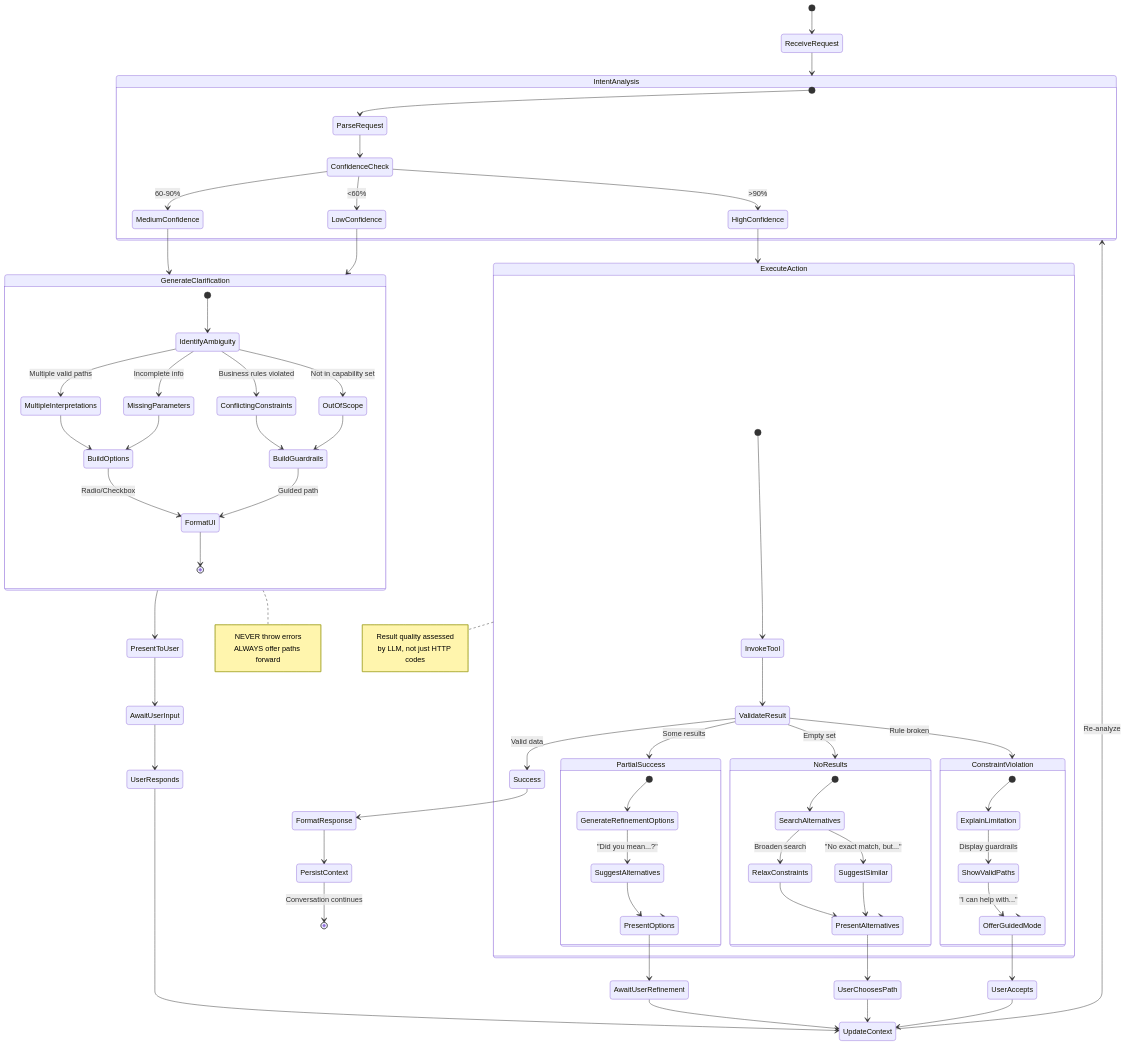
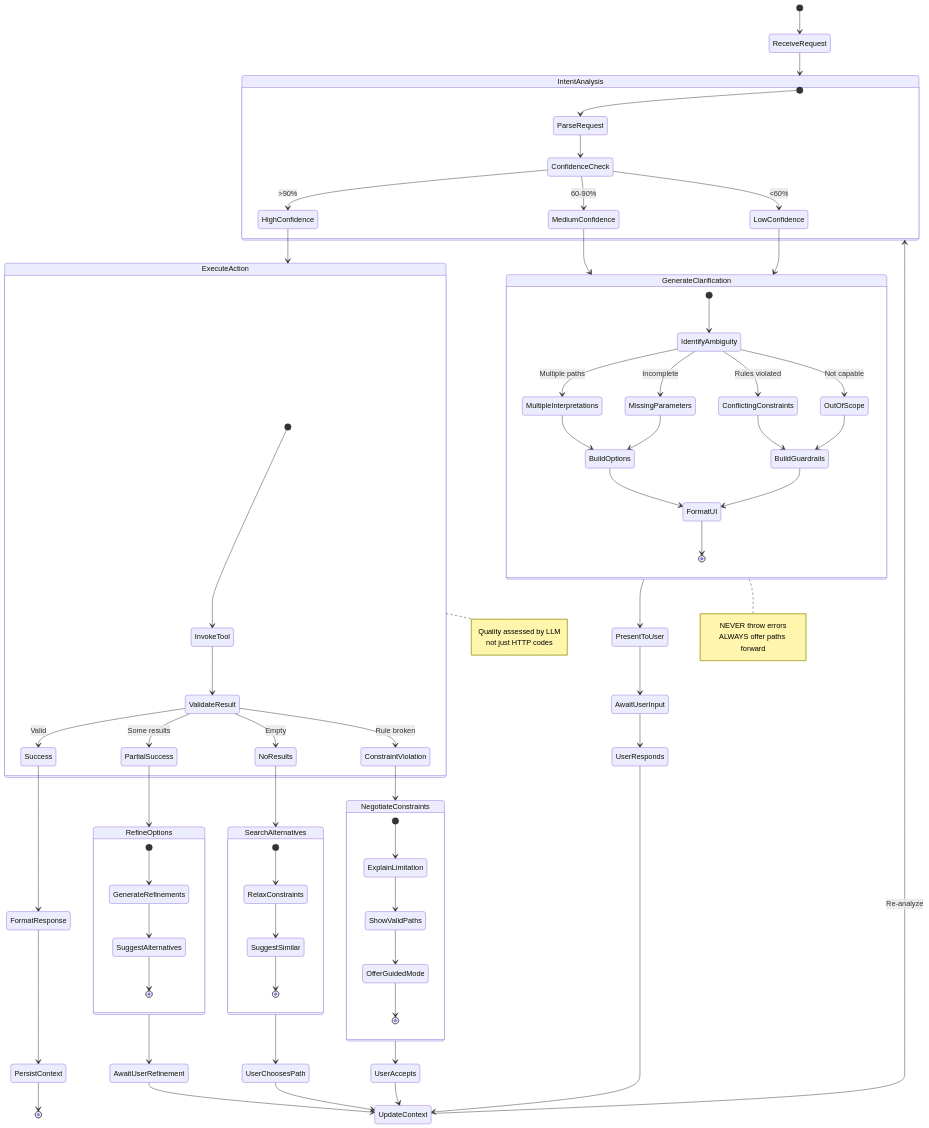
Diagram 13 of 14 in README.md (fredrick72/AI-Agentic-Architecture), drawn with Mermaid before and after one commit.

Commit message:
Improve clarity of the Unfavorable Response Handler diagram
Refactor state diagram for clarity and conciseness.

````diff
--- a/README.md
+++ b/README.md
@@ -806,7 +806,6 @@
 ```mermaid
 stateDiagram-v2
     [*] --> ReceiveRequest
-    
     ReceiveRequest --> IntentAnalysis
     
     state IntentAnalysis {
@@ -825,27 +824,26 @@
     
     state GenerateClarification {
         [*] --> IdentifyAmbiguity
-        IdentifyAmbiguity --> MultipleInterpretations: Multiple valid paths
-        IdentifyAmbiguity --> MissingParameters: Incomplete info
-        IdentifyAmbiguity --> ConflictingConstraints: Business rules violated
-        IdentifyAmbiguity --> OutOfScope: Not in capability set
+        
+        state IdentifyAmbiguity <<choice>>
+        IdentifyAmbiguity --> MultipleInterpretations: Multiple paths
+        IdentifyAmbiguity --> MissingParameters: Incomplete
+        IdentifyAmbiguity --> ConflictingConstraints: Rules violated
+        IdentifyAmbiguity --> OutOfScope: Not capable
         
         MultipleInterpretations --> BuildOptions
         MissingParameters --> BuildOptions
         ConflictingConstraints --> BuildGuardrails
         OutOfScope --> BuildGuardrails
         
-        BuildOptions --> FormatUI: Radio/Checkbox
-        BuildGuardrails --> FormatUI: Guided path
-        
+        BuildOptions --> FormatUI
+        BuildGuardrails --> FormatUI
         FormatUI --> [*]
     }
     
     GenerateClarification --> PresentToUser
-    
     PresentToUser --> AwaitUserInput
     AwaitUserInput --> UserResponds
-    
     UserResponds --> UpdateContext
     UpdateContext --> IntentAnalysis: Re-analyze
     
@@ -854,49 +852,43 @@
         InvokeTool --> ValidateResult
         
         state ValidateResult <<choice>>
-        ValidateResult --> Success: Valid data
+        ValidateResult --> Success: Valid
         ValidateResult --> PartialSuccess: Some results
-        ValidateResult --> NoResults: Empty set
+        ValidateResult --> NoResults: Empty
         ValidateResult --> ConstraintViolation: Rule broken
     }
     
     Success --> FormatResponse
+    FormatResponse --> PersistContext
+    PersistContext --> [*]
     
-    state PartialSuccess {
-        [*] --> GenerateRefinementOptions
-        GenerateRefinementOptions --> SuggestAlternatives: "Did you mean...?"
-        SuggestAlternatives --> PresentOptions
+    PartialSuccess --> RefineOptions
+    state RefineOptions {
+        [*] --> GenerateRefinements
+        GenerateRefinements --> SuggestAlternatives
+        SuggestAlternatives --> [*]
     }
-    
-    PartialSuccess --> PresentOptions
-    PresentOptions --> AwaitUserRefinement
+    RefineOptions --> AwaitUserRefinement
     AwaitUserRefinement --> UpdateContext
     
-    state NoResults {
-        [*] --> SearchAlternatives
-        SearchAlternatives --> RelaxConstraints: Broaden search
-        SearchAlternatives --> SuggestSimilar: "No exact match, but..."
-        
-        RelaxConstraints --> PresentAlternatives
-        SuggestSimilar --> PresentAlternatives
+    NoResults --> SearchAlternatives
+    state SearchAlternatives {
+        [*] --> RelaxConstraints
+        RelaxConstraints --> SuggestSimilar
+        SuggestSimilar --> [*]
     }
-    
-    NoResults --> PresentAlternatives
-    PresentAlternatives --> UserChoosesPath
+    SearchAlternatives --> UserChoosesPath
     UserChoosesPath --> UpdateContext
     
-    state ConstraintViolation {
+    ConstraintViolation --> NegotiateConstraints
+    state NegotiateConstraints {
         [*] --> ExplainLimitation
-        ExplainLimitation --> ShowValidPaths: Display guardrails
-        ShowValidPaths --> OfferGuidedMode: "I can help with..."
+        ExplainLimitation --> ShowValidPaths
+        ShowValidPaths --> OfferGuidedMode
+        OfferGuidedMode --> [*]
     }
-    
-    ConstraintViolation --> OfferGuidedMode
-    OfferGuidedMode --> UserAccepts
+    NegotiateConstraints --> UserAccepts
     UserAccepts --> UpdateContext
-    
-    FormatResponse --> PersistContext
-    PersistContext --> [*]: Conversation continues
     
     note right of GenerateClarification
         NEVER throw errors
@@ -904,7 +896,7 @@
     end note
     
     note right of ExecuteAction
-        Result quality assessed
-        by LLM, not just HTTP codes
+        Quality assessed by LLM
+        not just HTTP codes
     end note
 ```
````
